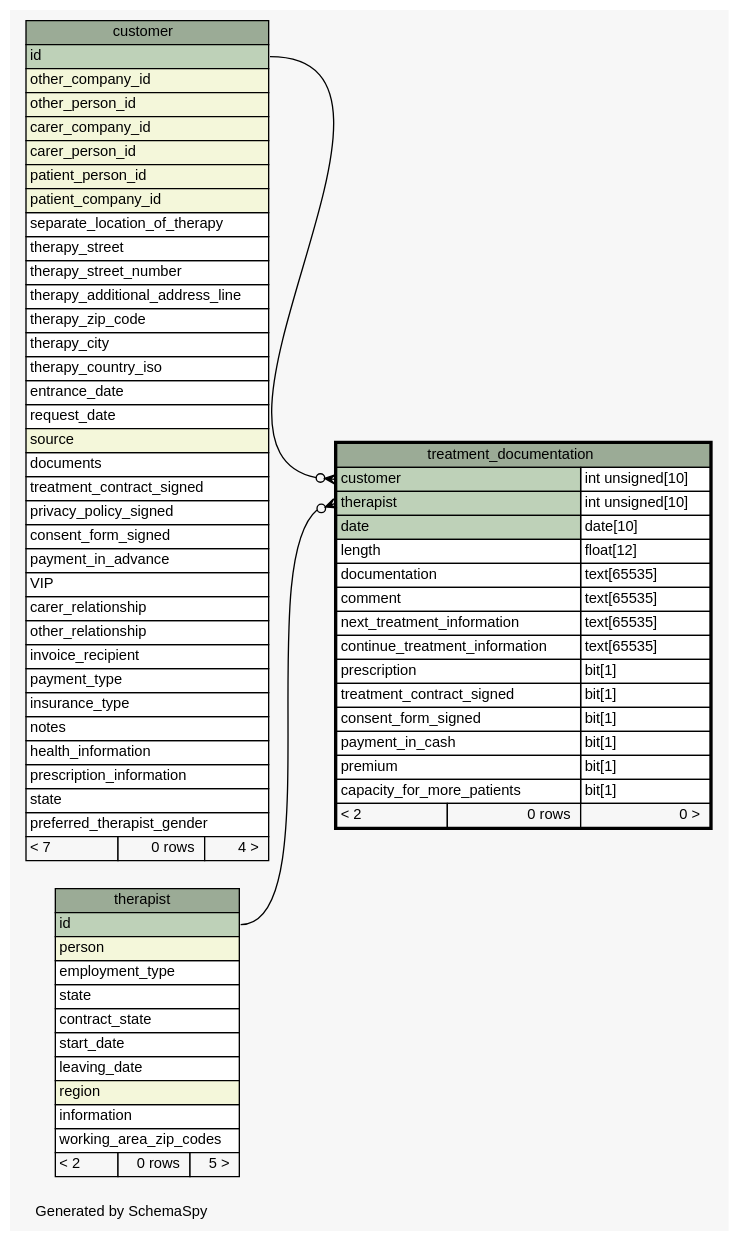
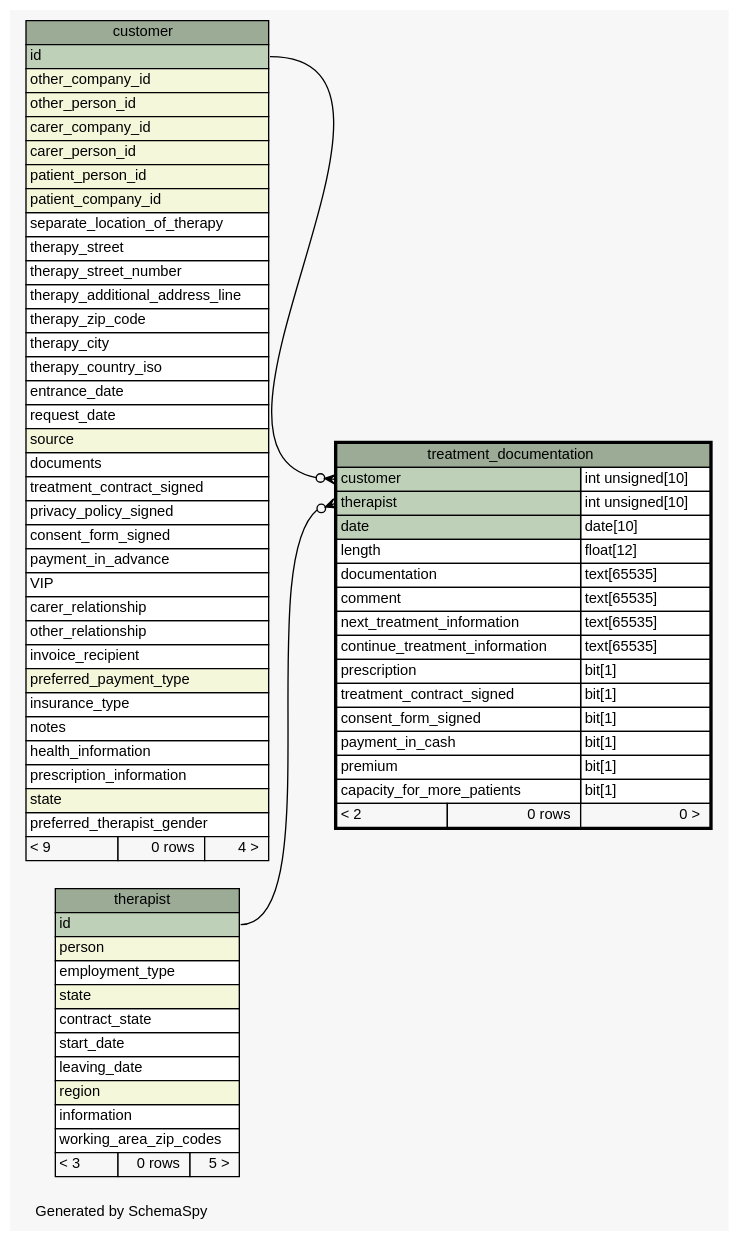
One commit to KaiBMP/KaiBMP.github.io changed the diagram in diagrams/treatment_documentation.1degree.dot. Above: the diagram before and after it, drawn with Graphviz. The commit also changed 122 other files, not shown here.

Commit message:
schemaspy update

```diff
--- a/diagrams/treatment_documentation.1degree.dot
+++ b/diagrams/treatment_documentation.1degree.dot
@@ -1,108 +1,108 @@
 // dot 2.40.1 on Linux 5.0.0-37-generic
 // SchemaSpy rev 590
 digraph "oneDegreeRelationshipsDiagram" {
   graph [
     rankdir="RL"
     bgcolor="#f7f7f7"
     label="\nGenerated by SchemaSpy"
     labeljust="l"
     nodesep="0.18"
     ranksep="0.46"
     fontname="Helvetica"
     fontsize="11"
   ];
   node [
     fontname="Helvetica"
     fontsize="11"
     shape="plaintext"
   ];
   edge [
     arrowsize="0.8"
   ];
   "treatment_documentation":"customer":w -> "customer":"id":e [arrowhead=none dir=back arrowtail=crowodot];
   "treatment_documentation":"therapist":w -> "therapist":"id":e [arrowhead=none dir=back arrowtail=crowodot];
   "customer" [
     label=<
     <TABLE BORDER="0" CELLBORDER="1" CELLSPACING="0" BGCOLOR="#ffffff">
       <TR><TD COLSPAN="3" BGCOLOR="#9bab96" ALIGN="CENTER">customer</TD></TR>
       <TR><TD PORT="id" COLSPAN="3" BGCOLOR="#bed1b8" ALIGN="LEFT">id</TD></TR>
       <TR><TD PORT="other_company_id" COLSPAN="3" BGCOLOR="#f4f7da" ALIGN="LEFT">other_company_id</TD></TR>
       <TR><TD PORT="other_person_id" COLSPAN="3" BGCOLOR="#f4f7da" ALIGN="LEFT">other_person_id</TD></TR>
       <TR><TD PORT="carer_company_id" COLSPAN="3" BGCOLOR="#f4f7da" ALIGN="LEFT">carer_company_id</TD></TR>
       <TR><TD PORT="carer_person_id" COLSPAN="3" BGCOLOR="#f4f7da" ALIGN="LEFT">carer_person_id</TD></TR>
       <TR><TD PORT="patient_person_id" COLSPAN="3" BGCOLOR="#f4f7da" ALIGN="LEFT">patient_person_id</TD></TR>
       <TR><TD PORT="patient_company_id" COLSPAN="3" BGCOLOR="#f4f7da" ALIGN="LEFT">patient_company_id</TD></TR>
       <TR><TD PORT="separate_location_of_therapy" COLSPAN="3" ALIGN="LEFT">separate_location_of_therapy</TD></TR>
       <TR><TD PORT="therapy_street" COLSPAN="3" ALIGN="LEFT">therapy_street</TD></TR>
       <TR><TD PORT="therapy_street_number" COLSPAN="3" ALIGN="LEFT">therapy_street_number</TD></TR>
       <TR><TD PORT="therapy_additional_address_line" COLSPAN="3" ALIGN="LEFT">therapy_additional_address_line</TD></TR>
       <TR><TD PORT="therapy_zip_code" COLSPAN="3" ALIGN="LEFT">therapy_zip_code</TD></TR>
       <TR><TD PORT="therapy_city" COLSPAN="3" ALIGN="LEFT">therapy_city</TD></TR>
       <TR><TD PORT="therapy_country_iso" COLSPAN="3" ALIGN="LEFT">therapy_country_iso</TD></TR>
       <TR><TD PORT="entrance_date" COLSPAN="3" ALIGN="LEFT">entrance_date</TD></TR>
       <TR><TD PORT="request_date" COLSPAN="3" ALIGN="LEFT">request_date</TD></TR>
       <TR><TD PORT="source" COLSPAN="3" BGCOLOR="#f4f7da" ALIGN="LEFT">source</TD></TR>
       <TR><TD PORT="documents" COLSPAN="3" ALIGN="LEFT">documents</TD></TR>
       <TR><TD PORT="treatment_contract_signed" COLSPAN="3" ALIGN="LEFT">treatment_contract_signed</TD></TR>
       <TR><TD PORT="privacy_policy_signed" COLSPAN="3" ALIGN="LEFT">privacy_policy_signed</TD></TR>
       <TR><TD PORT="consent_form_signed" COLSPAN="3" ALIGN="LEFT">consent_form_signed</TD></TR>
       <TR><TD PORT="payment_in_advance" COLSPAN="3" ALIGN="LEFT">payment_in_advance</TD></TR>
       <TR><TD PORT="VIP" COLSPAN="3" ALIGN="LEFT">VIP</TD></TR>
       <TR><TD PORT="carer_relationship" COLSPAN="3" ALIGN="LEFT">carer_relationship</TD></TR>
       <TR><TD PORT="other_relationship" COLSPAN="3" ALIGN="LEFT">other_relationship</TD></TR>
       <TR><TD PORT="invoice_recipient" COLSPAN="3" ALIGN="LEFT">invoice_recipient</TD></TR>
-      <TR><TD PORT="payment_type" COLSPAN="3" ALIGN="LEFT">payment_type</TD></TR>
+      <TR><TD PORT="preferred_payment_type" COLSPAN="3" BGCOLOR="#f4f7da" ALIGN="LEFT">preferred_payment_type</TD></TR>
       <TR><TD PORT="insurance_type" COLSPAN="3" ALIGN="LEFT">insurance_type</TD></TR>
       <TR><TD PORT="notes" COLSPAN="3" ALIGN="LEFT">notes</TD></TR>
       <TR><TD PORT="health_information" COLSPAN="3" ALIGN="LEFT">health_information</TD></TR>
       <TR><TD PORT="prescription_information" COLSPAN="3" ALIGN="LEFT">prescription_information</TD></TR>
-      <TR><TD PORT="state" COLSPAN="3" ALIGN="LEFT">state</TD></TR>
+      <TR><TD PORT="state" COLSPAN="3" BGCOLOR="#f4f7da" ALIGN="LEFT">state</TD></TR>
       <TR><TD PORT="preferred_therapist_gender" COLSPAN="3" ALIGN="LEFT">preferred_therapist_gender</TD></TR>
-      <TR><TD ALIGN="LEFT" BGCOLOR="#f7f7f7">&lt; 7</TD><TD ALIGN="RIGHT" BGCOLOR="#f7f7f7">0 rows</TD><TD ALIGN="RIGHT" BGCOLOR="#f7f7f7">4 &gt;</TD></TR>
+      <TR><TD ALIGN="LEFT" BGCOLOR="#f7f7f7">&lt; 9</TD><TD ALIGN="RIGHT" BGCOLOR="#f7f7f7">0 rows</TD><TD ALIGN="RIGHT" BGCOLOR="#f7f7f7">4 &gt;</TD></TR>
     </TABLE>>
     URL="customer.html"
     tooltip="customer"
   ];
   "therapist" [
     label=<
     <TABLE BORDER="0" CELLBORDER="1" CELLSPACING="0" BGCOLOR="#ffffff">
       <TR><TD COLSPAN="3" BGCOLOR="#9bab96" ALIGN="CENTER">therapist</TD></TR>
       <TR><TD PORT="id" COLSPAN="3" BGCOLOR="#bed1b8" ALIGN="LEFT">id</TD></TR>
       <TR><TD PORT="person" COLSPAN="3" BGCOLOR="#f4f7da" ALIGN="LEFT">person</TD></TR>
       <TR><TD PORT="employment_type" COLSPAN="3" ALIGN="LEFT">employment_type</TD></TR>
-      <TR><TD PORT="state" COLSPAN="3" ALIGN="LEFT">state</TD></TR>
+      <TR><TD PORT="state" COLSPAN="3" BGCOLOR="#f4f7da" ALIGN="LEFT">state</TD></TR>
       <TR><TD PORT="contract_state" COLSPAN="3" ALIGN="LEFT">contract_state</TD></TR>
       <TR><TD PORT="start_date" COLSPAN="3" ALIGN="LEFT">start_date</TD></TR>
       <TR><TD PORT="leaving_date" COLSPAN="3" ALIGN="LEFT">leaving_date</TD></TR>
       <TR><TD PORT="region" COLSPAN="3" BGCOLOR="#f4f7da" ALIGN="LEFT">region</TD></TR>
       <TR><TD PORT="information" COLSPAN="3" ALIGN="LEFT">information</TD></TR>
       <TR><TD PORT="working_area_zip_codes" COLSPAN="3" ALIGN="LEFT">working_area_zip_codes</TD></TR>
-      <TR><TD ALIGN="LEFT" BGCOLOR="#f7f7f7">&lt; 2</TD><TD ALIGN="RIGHT" BGCOLOR="#f7f7f7">0 rows</TD><TD ALIGN="RIGHT" BGCOLOR="#f7f7f7">5 &gt;</TD></TR>
+      <TR><TD ALIGN="LEFT" BGCOLOR="#f7f7f7">&lt; 3</TD><TD ALIGN="RIGHT" BGCOLOR="#f7f7f7">0 rows</TD><TD ALIGN="RIGHT" BGCOLOR="#f7f7f7">5 &gt;</TD></TR>
     </TABLE>>
     URL="therapist.html"
     tooltip="therapist"
   ];
   "treatment_documentation" [
     label=<
     <TABLE BORDER="2" CELLBORDER="1" CELLSPACING="0" BGCOLOR="#ffffff">
       <TR><TD COLSPAN="3" BGCOLOR="#9bab96" ALIGN="CENTER">treatment_documentation</TD></TR>
       <TR><TD PORT="customer" COLSPAN="2" BGCOLOR="#bed1b8" ALIGN="LEFT">customer</TD><TD PORT="customer.type" ALIGN="LEFT">int unsigned[10]</TD></TR>
       <TR><TD PORT="therapist" COLSPAN="2" BGCOLOR="#bed1b8" ALIGN="LEFT">therapist</TD><TD PORT="therapist.type" ALIGN="LEFT">int unsigned[10]</TD></TR>
       <TR><TD PORT="date" COLSPAN="2" BGCOLOR="#bed1b8" ALIGN="LEFT">date</TD><TD PORT="date.type" ALIGN="LEFT">date[10]</TD></TR>
       <TR><TD PORT="length" COLSPAN="2" ALIGN="LEFT">length</TD><TD PORT="length.type" ALIGN="LEFT">float[12]</TD></TR>
       <TR><TD PORT="documentation" COLSPAN="2" ALIGN="LEFT">documentation</TD><TD PORT="documentation.type" ALIGN="LEFT">text[65535]</TD></TR>
       <TR><TD PORT="comment" COLSPAN="2" ALIGN="LEFT">comment</TD><TD PORT="comment.type" ALIGN="LEFT">text[65535]</TD></TR>
       <TR><TD PORT="next_treatment_information" COLSPAN="2" ALIGN="LEFT">next_treatment_information</TD><TD PORT="next_treatment_information.type" ALIGN="LEFT">text[65535]</TD></TR>
       <TR><TD PORT="continue_treatment_information" COLSPAN="2" ALIGN="LEFT">continue_treatment_information</TD><TD PORT="continue_treatment_information.type" ALIGN="LEFT">text[65535]</TD></TR>
       <TR><TD PORT="prescription" COLSPAN="2" ALIGN="LEFT">prescription</TD><TD PORT="prescription.type" ALIGN="LEFT">bit[1]</TD></TR>
       <TR><TD PORT="treatment_contract_signed" COLSPAN="2" ALIGN="LEFT">treatment_contract_signed</TD><TD PORT="treatment_contract_signed.type" ALIGN="LEFT">bit[1]</TD></TR>
       <TR><TD PORT="consent_form_signed" COLSPAN="2" ALIGN="LEFT">consent_form_signed</TD><TD PORT="consent_form_signed.type" ALIGN="LEFT">bit[1]</TD></TR>
       <TR><TD PORT="payment_in_cash" COLSPAN="2" ALIGN="LEFT">payment_in_cash</TD><TD PORT="payment_in_cash.type" ALIGN="LEFT">bit[1]</TD></TR>
       <TR><TD PORT="premium" COLSPAN="2" ALIGN="LEFT">premium</TD><TD PORT="premium.type" ALIGN="LEFT">bit[1]</TD></TR>
       <TR><TD PORT="capacity_for_more_patients" COLSPAN="2" ALIGN="LEFT">capacity_for_more_patients</TD><TD PORT="capacity_for_more_patients.type" ALIGN="LEFT">bit[1]</TD></TR>
       <TR><TD ALIGN="LEFT" BGCOLOR="#f7f7f7">&lt; 2</TD><TD ALIGN="RIGHT" BGCOLOR="#f7f7f7">0 rows</TD><TD ALIGN="RIGHT" BGCOLOR="#f7f7f7">0 &gt;</TD></TR>
     </TABLE>>
     URL="treatment_documentation.html"
     tooltip="treatment_documentation"
   ];
 }
```
